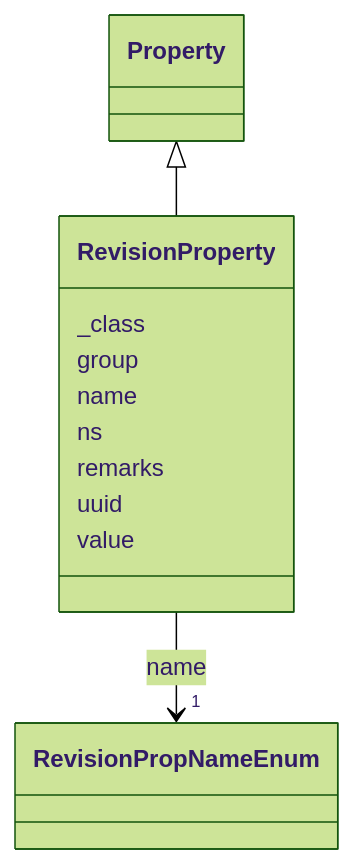
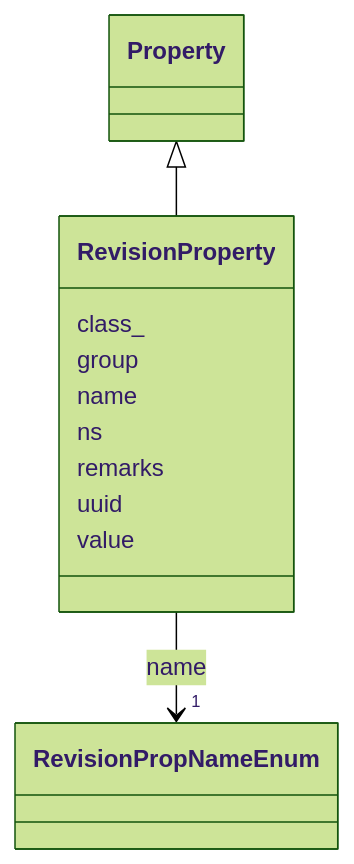
One commit to lmodel/oscal changed the diagram in project/mermaid/RevisionProperty.md. Above: the diagram before and after it, drawn with Mermaid (forest theme). The commit also changed 434 other files, not shown here.

Commit message:
fix(schema): stamp the modules for 1.2.3 and regenerate extended outputs

````diff
--- a/project/mermaid/RevisionProperty.md
+++ b/project/mermaid/RevisionProperty.md
@@ -4,32 +4,32 @@
 ```mermaid
  classDiagram
     class RevisionProperty
     click RevisionProperty href "../RevisionProperty"
       Property <|-- RevisionProperty
         click Property href "../Property"
       
-      RevisionProperty : _class
+      RevisionProperty : class_
         
       RevisionProperty : group
         
       RevisionProperty : name
         
           
     
         
         
         RevisionProperty --> "1" RevisionPropNameEnum : name
         click RevisionPropNameEnum href "../RevisionPropNameEnum"
     
 
         
       RevisionProperty : ns
         
       RevisionProperty : remarks
         
       RevisionProperty : uuid
         
       RevisionProperty : value
         
       
 ```
````
